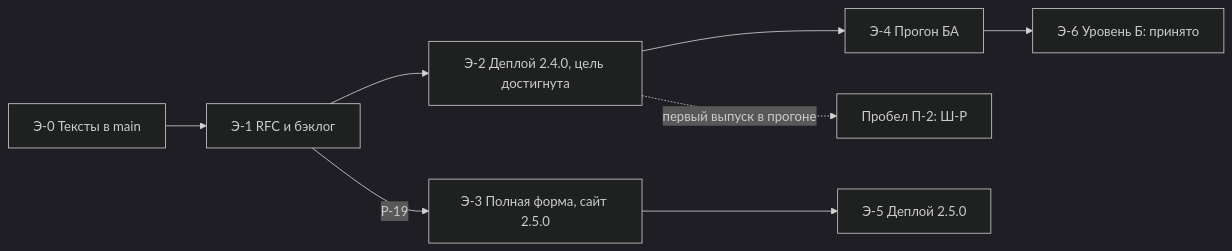
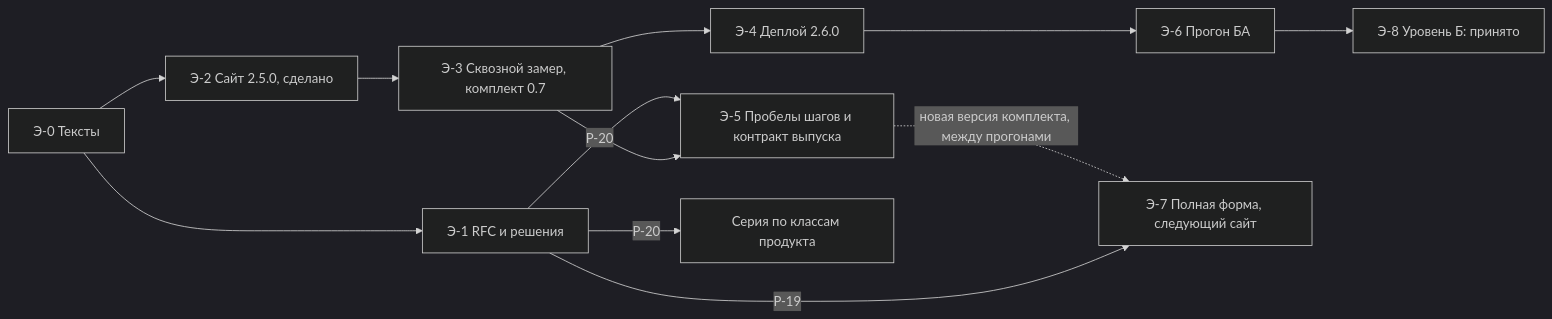
Before and after one commit to G-Ivan-A/mango_ba_prompts: the diagram in docs/rfc/2026-11-bcreq-prompts-publication-roadmap.md, drawn with Mermaid (dark theme). The commit also changed other lines of this file and 4 other files, not shown here.

````diff
--- a/docs/rfc/2026-11-bcreq-prompts-publication-roadmap.md
+++ b/docs/rfc/2026-11-bcreq-prompts-publication-roadmap.md
@@ -83,10 +87,14 @@
 ```mermaid
 flowchart LR
-    E0["Э-0 Тексты в main"] --> E1["Э-1 RFC и бэклог"]
-    E1 --> E2["Э-2 Деплой 2.4.0, цель достигнута"]
-    E1 -->|"Р-19"| E3["Э-3 Полная форма, сайт 2.5.0"]
-    E2 --> E4["Э-4 Прогон БА"]
-    E3 --> E5["Э-5 Деплой 2.5.0"]
-    E4 --> E6["Э-6 Уровень Б: принято"]
-    E2 -.->|"первый выпуск в прогоне"| G2["Пробел П-2: Ш-Р"]
+    E0["Э-0 Тексты"] --> E1["Э-1 RFC и решения"]
+    E0 --> E2["Э-2 Сайт 2.5.0, сделано"]
+    E2 --> E3["Э-3 Сквозной замер, комплект 0.7"]
+    E3 --> E4["Э-4 Деплой 2.6.0"]
+    E4 --> E6["Э-6 Прогон БА"]
+    E3 --> E5["Э-5 Пробелы шагов и контракт выпуска"]
+    E1 -->|"Р-20"| E5
+    E1 -->|"Р-20"| S["Серия по классам продукта"]
+    E1 -->|"Р-19"| E7["Э-7 Полная форма, следующий сайт"]
+    E6 --> E8["Э-8 Уровень Б: принято"]
+    E5 -.->|"новая версия комплекта, между прогонами"| E7
 ```
````
